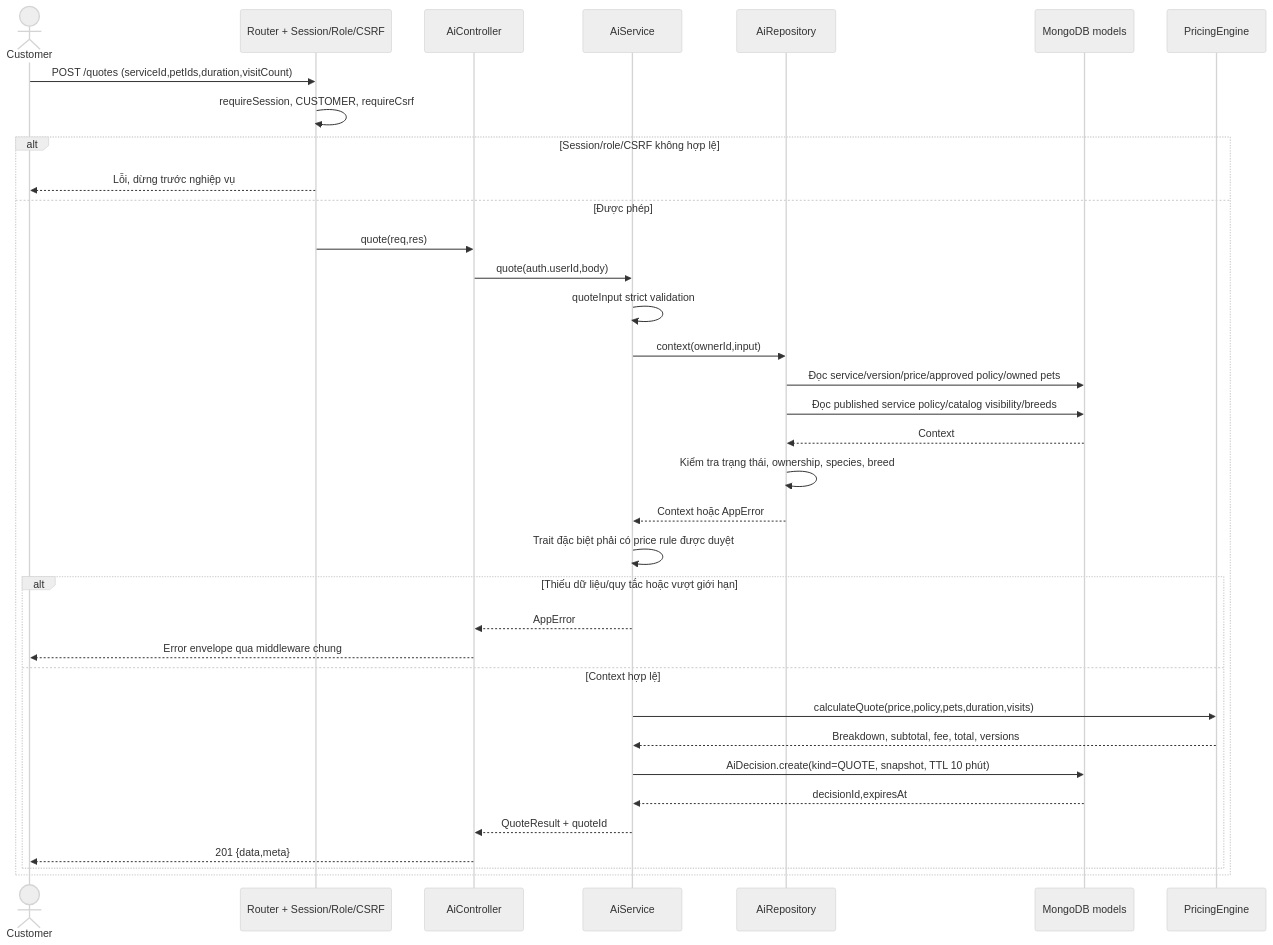
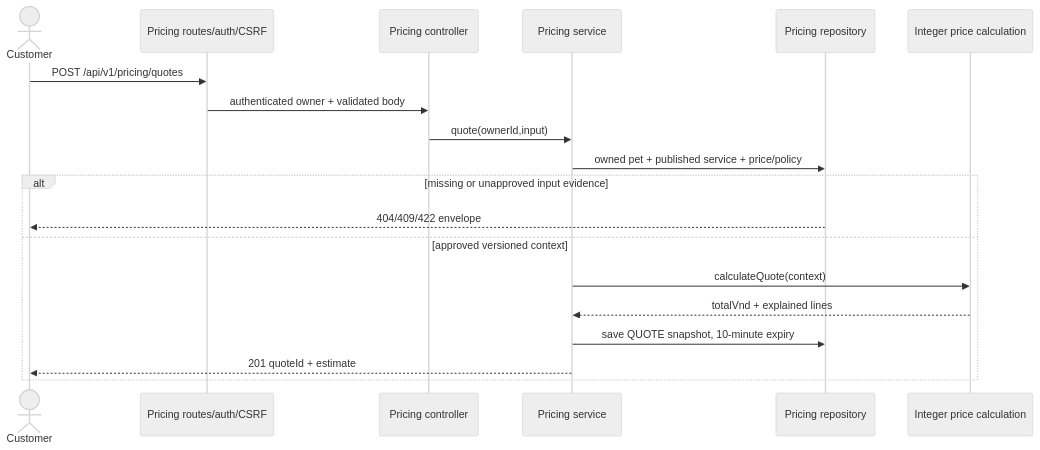
One commit to ngocthanhhx7/SEP490_G101_FALL2026 changed the third of 4 diagrams in doc/architecture/ai-diagram-handoff-v1.md. Above: the diagram before and after it, drawn with Mermaid (neutral theme). The commit also changed other lines of this file and 192 other files, not shown here.

````diff
--- a/doc/architecture/ai-diagram-handoff-v1.md
+++ b/doc/architecture/ai-diagram-handoff-v1.md
@@ -362,37 +104,21 @@
 ```mermaid
 sequenceDiagram
-    actor Customer
-    participant API as Router + Session/Role/CSRF
-    participant C as AiController
-    participant S as AiService
-    participant R as AiRepository
-    participant DB as MongoDB models
-    participant P as PricingEngine
-    Customer->>API: POST /quotes (serviceId,petIds,duration,visitCount)
-    API->>API: requireSession, CUSTOMER, requireCsrf
-    alt Session/role/CSRF không hợp lệ
-        API-->>Customer: Lỗi, dừng trước nghiệp vụ
-    else Được phép
-        API->>C: quote(req,res)
-        C->>S: quote(auth.userId,body)
-        S->>S: quoteInput strict validation
-        S->>R: context(ownerId,input)
-        R->>DB: Đọc service/version/price/approved policy/owned pets
-        R->>DB: Đọc published service policy/catalog visibility/breeds
-        DB-->>R: Context
-        R->>R: Kiểm tra trạng thái, ownership, species, breed
-        R-->>S: Context hoặc AppError
-        S->>S: Trait đặc biệt phải có price rule được duyệt
-        alt Thiếu dữ liệu/quy tắc hoặc vượt giới hạn
-            S-->>C: AppError
-            C-->>Customer: Error envelope qua middleware chung
-        else Context hợp lệ
-            S->>P: calculateQuote(price,policy,pets,duration,visits)
-            P-->>S: Breakdown, subtotal, fee, total, versions
-            S->>DB: AiDecision.create(kind=QUOTE, snapshot, TTL 10 phút)
-            DB-->>S: decisionId,expiresAt
-            S-->>C: QuoteResult + quoteId
-            C-->>Customer: 201 {data,meta}
-        end
-    end
+  actor Customer
+  participant Route as Pricing routes/auth/CSRF
+  participant Controller as Pricing controller
+  participant Service as Pricing service
+  participant Repo as Pricing repository
+  participant Engine as Integer price calculation
+  Customer->>Route: POST /api/v1/pricing/quotes
+  Route->>Controller: authenticated owner + validated body
+  Controller->>Service: quote(ownerId,input)
+  Service->>Repo: owned pet + published service + price/policy
+  alt missing or unapproved input evidence
+    Repo-->>Customer: 404/409/422 envelope
+  else approved versioned context
+    Service->>Engine: calculateQuote(context)
+    Engine-->>Service: totalVnd + explained lines
+    Service->>Repo: save QUOTE snapshot, 10-minute expiry
+    Service-->>Customer: 201 quoteId + estimate
+  end
 ```
````
